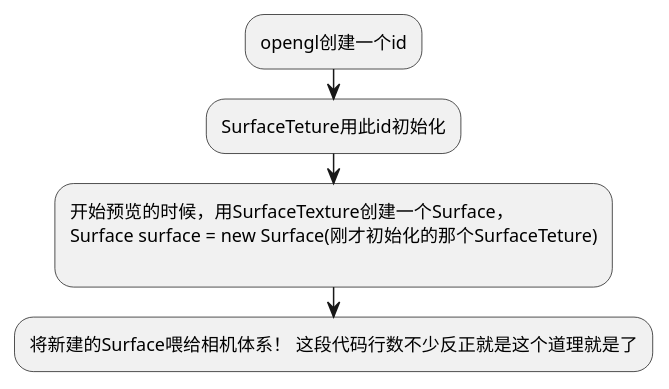
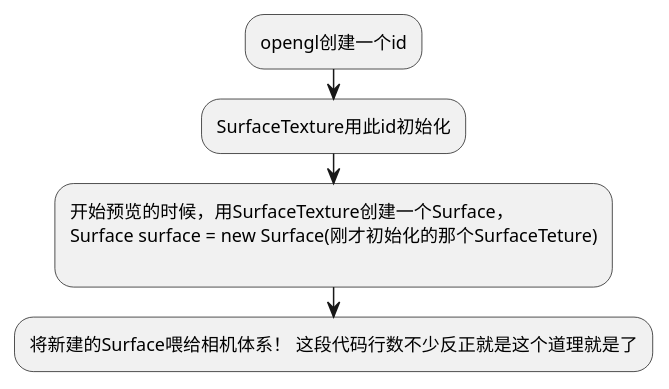
One commit to caoyali/BooksCodeDemo changed the third of 3 diagrams in AndroidNote/Camera/Camera2图像是怎么渲染到屏幕上的.md. Above: the diagram before and after it, drawn with PlantUML. The commit also changed other lines of this file and 41 other files, not shown here.

````diff
--- a/AndroidNote/Camera/Camera2图像是怎么渲染到屏幕上的.md
+++ b/AndroidNote/Camera/Camera2图像是怎么渲染到屏幕上的.md
@@ -132,10 +132,10 @@
   ```puml
   @startuml
     :opengl创建一个id;
-    :SurfaceTeture用此id初始化;
+    :SurfaceTexture用此id初始化;
     :开始预览的时候，用SurfaceTexture创建一个Surface，
     Surface surface = new Surface(刚才初始化的那个SurfaceTeture)
     ;
     :将新建的Surface喂给相机体系！ 这段代码行数不少反正就是这个道理就是了;
   @enduml
   ```
````
